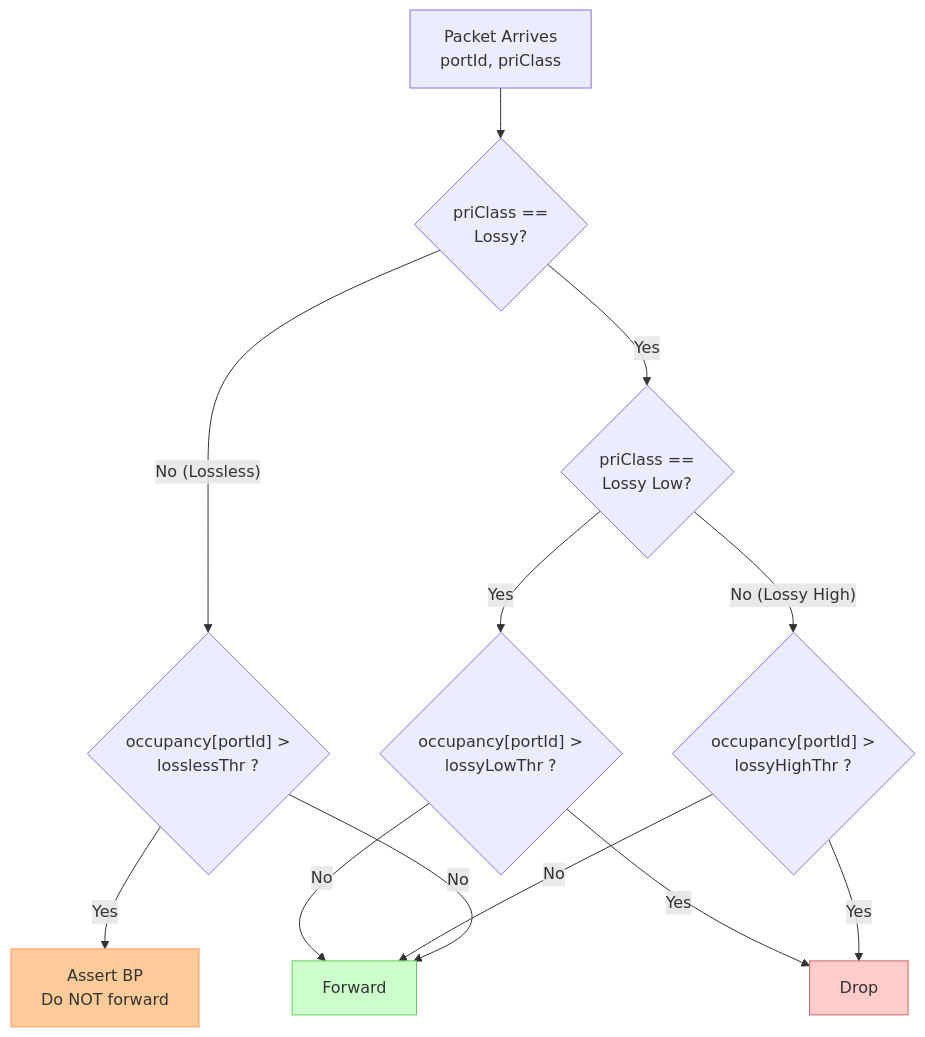
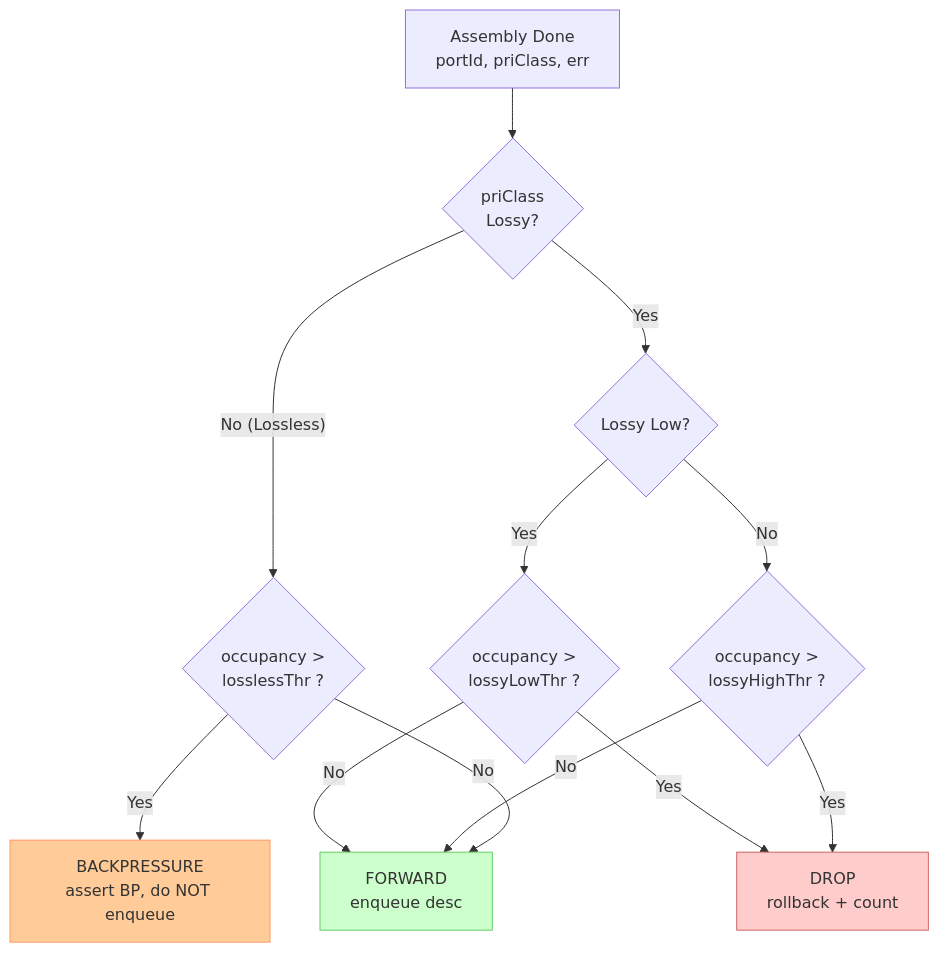
Before and after one commit to RuyeeAI/HardwareDesign: the third of 6 diagrams in docs/OSA.md, drawn with Mermaid. The commit also changed other lines of this file and 21 other files, not shown here.

````diff
--- a/docs/OSA.md
+++ b/docs/OSA.md
@@ -839,18 +789,18 @@
 ```mermaid
 flowchart TD
-    Pkt["Packet Arrives<br/>portId, priClass"] --> ChkLossy{"priClass ==<br/>Lossy?"}
-    ChkLossy -->|"No (Lossless)"| ChkBp{"occupancy[portId] ><br/>losslessThr ?"}
-    ChkLossy -->|"Yes"| WhichLossy{"priClass ==<br/>Lossy Low?"}
-    WhichLossy -->|"Yes"| CmpLL{"occupancy[portId] ><br/>lossyLowThr ?"}
-    WhichLossy -->|"No (Lossy High)"| CmpLH{"occupancy[portId] ><br/>lossyHighThr ?"}
-    CmpLL -->|"Yes"| Drop
-    CmpLL -->|"No"| Fwd["Forward"]
+    Done["Assembly Done<br/>portId, priClass, err"] --> ChkLossy{"priClass<br/>Lossy?"}
+    ChkLossy -->|"No (Lossless)"| ChkBp{"occupancy ><br/>losslessThr ?"}
+    ChkLossy -->|"Yes"| Which{"Lossy Low?"}
+    Which -->|"Yes"| CmpLL{"occupancy ><br/>lossyLowThr ?"}
+    Which -->|"No"| CmpLH{"occupancy ><br/>lossyHighThr ?"}
+    CmpLL -->|"Yes"| Drop["DROP<br/>rollback + count"]
+    CmpLL -->|"No"| Fwd["FORWARD<br/>enqueue desc"]
     CmpLH -->|"Yes"| Drop
     CmpLH -->|"No"| Fwd
-    ChkBp -->|"Yes"| Bp["Assert BP<br/>Do NOT forward"]
+    ChkBp -->|"Yes"| Bp["BACKPRESSURE<br/>assert BP, do NOT enqueue"]
     ChkBp -->|"No"| Fwd
 
     style Drop fill:#fcc,stroke:#c66
     style Fwd fill:#cfc,stroke:#6c6
     style Bp fill:#fc9,stroke:#f96
 ```
````
